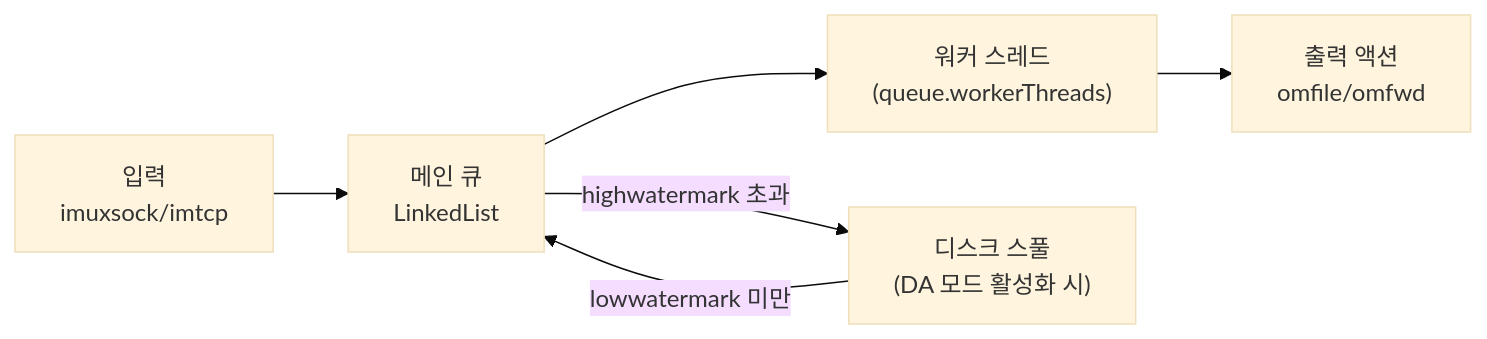
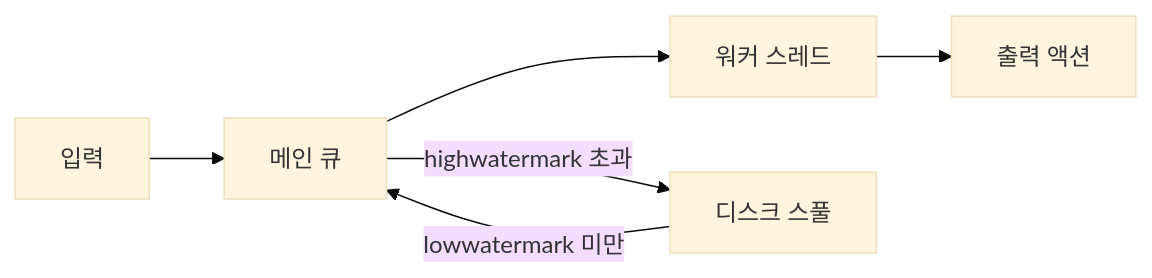
One commit to moonblueblue/devops-wiki changed the third of 8 diagrams in content/linux/logging/system-logging.md. Above: the diagram before and after it, drawn with Mermaid (base theme). The commit also changed other lines of this file and 12 other files, not shown here.

First line of the commit message:
style: linux 섹션 전체 ASCII art 제거 및 Mermaid 규칙 적용

````diff
--- a/content/linux/logging/system-logging.md
+++ b/content/linux/logging/system-logging.md
@@ -376,14 +383,14 @@
 ```mermaid
-graph LR
-    INPUT["입력\nimuxsock/imtcp"]
-    MAINQ["메인 큐\nLinkedList"]
-    WORKER["워커 스레드\n(queue.workerThreads)"]
-    DISKQ["디스크 스풀\n(DA 모드 활성화 시)"]
-    OUTPUT["출력 액션\nomfile/omfwd"]
+flowchart LR
+    INPUT[입력]
+    MAINQ[메인 큐]
+    WORKER[워커 스레드]
+    DISKQ[디스크 스풀]
+    OUTPUT[출력 액션]
 
     INPUT --> MAINQ
     MAINQ --> WORKER
-    MAINQ -- "highwatermark 초과" --> DISKQ
-    DISKQ -- "lowwatermark 미만" --> MAINQ
+    MAINQ -- highwatermark 초과 --> DISKQ
+    DISKQ -- lowwatermark 미만 --> MAINQ
     WORKER --> OUTPUT
 ```
````
